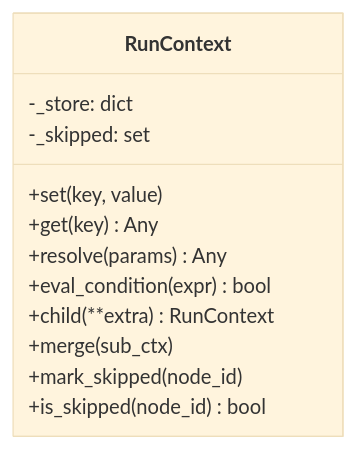
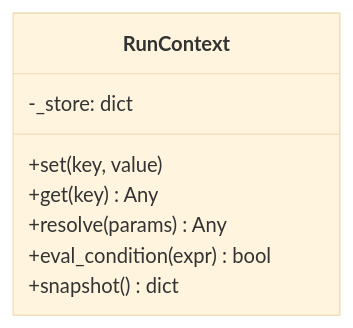
The third of 7 diagrams in document/dag-engine-design.md (jianjian2048/okflow), drawn with Mermaid (base theme) before and after one commit. The commit also changed other lines of this file and 2 other files, not shown here.

````diff
--- a/document/dag-engine-design.md
+++ b/document/dag-engine-design.md
@@ -212,15 +257,11 @@
 ```mermaid
 classDiagram
     class RunContext {
         -_store: dict
-        -_skipped: set
         +set(key, value)
         +get(key) Any
         +resolve(params) Any
         +eval_condition(expr) bool
-        +child(**extra) RunContext
-        +merge(sub_ctx)
-        +mark_skipped(node_id)
-        +is_skipped(node_id) bool
+        +snapshot() dict
     }
 ```
````
